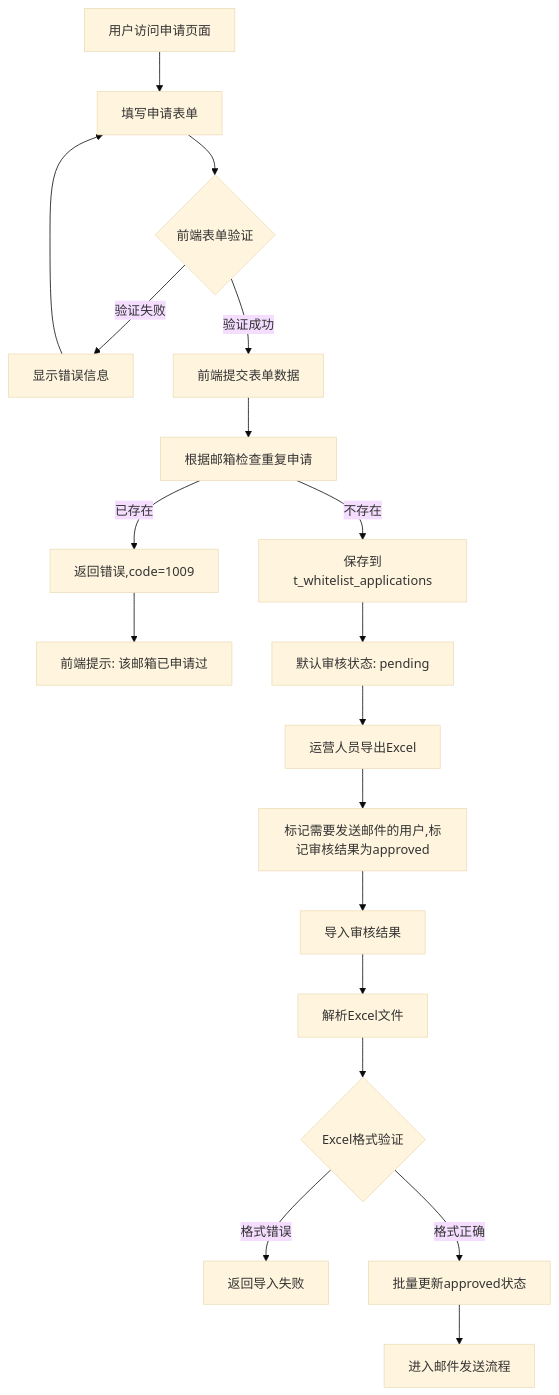
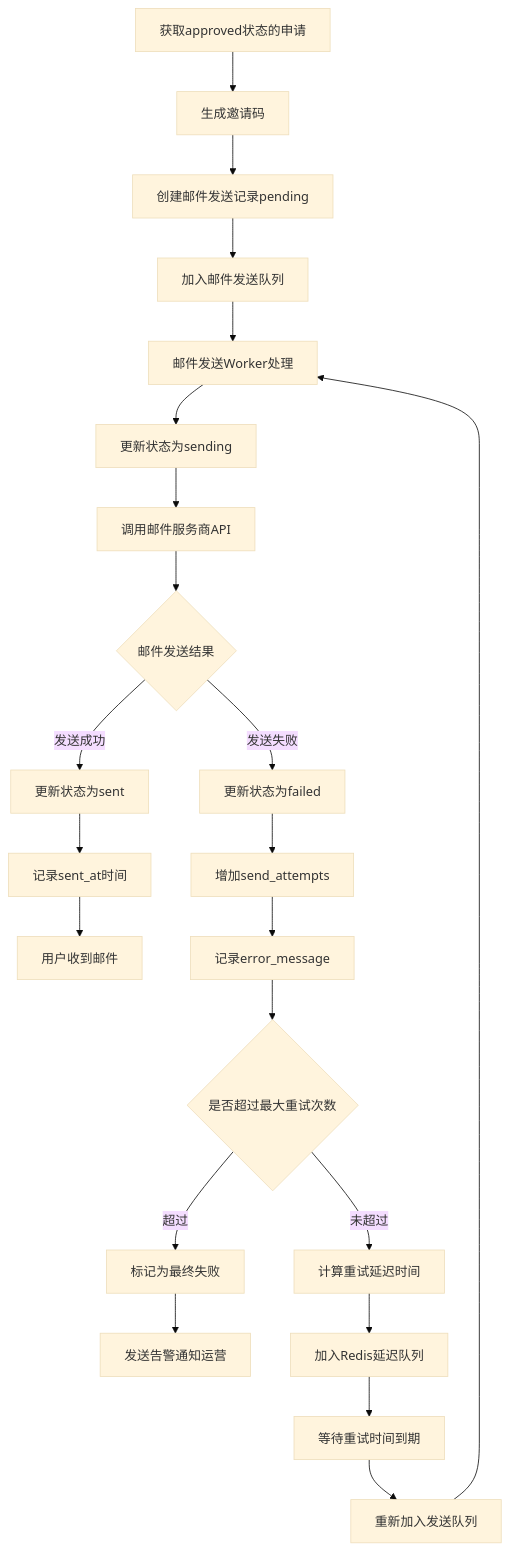
The diagram in all/未命名-73.md (yingjianzh/iodraw-files), drawn with Mermaid (base theme) before and after one commit.

Commit message:
2025-07-07 09:51:33 update

````diff
--- a/all/未命名-73.md
+++ b/all/未命名-73.md
@@ -1,24 +1,29 @@
 ```mermaid
 
 flowchart TD
-    A[用户访问申请页面] --> B[填写申请表单]
-    B --> C{前端表单验证}
-    C -->|验证失败| D[显示错误信息]
-    D --> B
-    C -->|验证成功| E[前端提交表单数据]
-    E --> F[根据邮箱检查重复申请]
-    F -->|已存在| G[返回错误,code=1009]
-    G --> H[前端提示: 该邮箱已申请过]
-    F -->|不存在| I[保存到t_whitelist_applications]
-    I --> K[默认审核状态: pending]
+    A[获取approved状态的申请] --> B[生成邀请码]
+    B --> C[创建邮件发送记录pending]
+    C --> D[加入邮件发送队列]
     
-    K --> P[运营人员导出Excel]
-    P --> S[标记需要发送邮件的用户,标记审核结果为approved]
-    S --> T[导入审核结果]
-    T --> T2[解析Excel文件]
-    T2 --> T3{Excel格式验证}
-    T3 -->|格式错误| T4[返回导入失败]
-    T3 -->|格式正确| U[批量更新approved状态]
-    U --> V[进入邮件发送流程]
+    D --> E[邮件发送Worker处理]
+    E --> F[更新状态为sending]
+    F --> G[调用邮件服务商API]
+    G --> H{邮件发送结果}
+    
+    H -->|发送成功| I[更新状态为sent]
+    I --> J[记录sent_at时间]
+    J --> K[用户收到邮件]
+    
+    H -->|发送失败| L[更新状态为failed]
+    L --> M[增加send_attempts]
+    M --> N[记录error_message]
+    N --> O{是否超过最大重试次数}
+    O -->|超过| P[标记为最终失败]
+    P --> Q[发送告警通知运营]
+    O -->|未超过| R[计算重试延迟时间]
+    R --> S[加入Redis延迟队列]
+    S --> T[等待重试时间到期]
+    T --> U[重新加入发送队列]
+    U --> E
 
 ```
````
